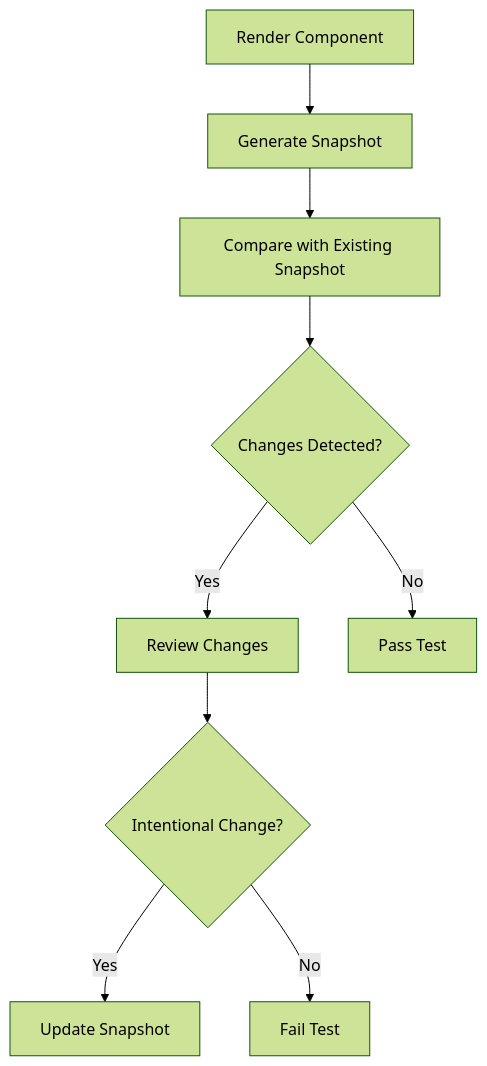
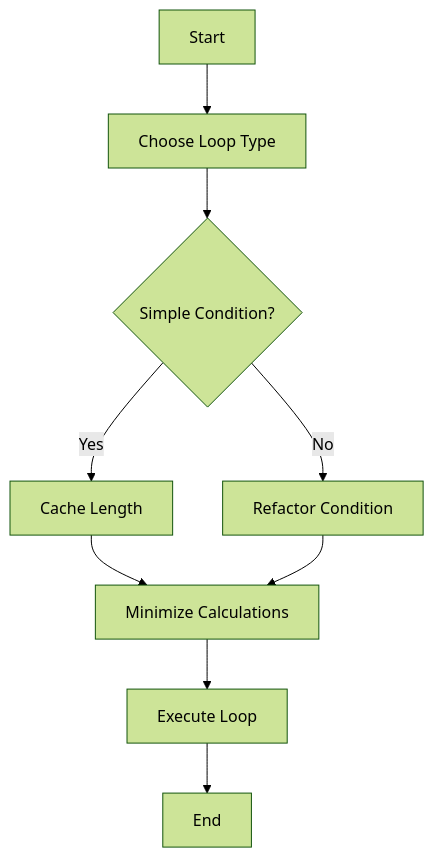
The first of 2 diagrams in content/patterns-js/13/3/index.md (MasteryEducation/SoftwarePatternsLexicon.com), drawn with Mermaid (forest theme) before and after one commit. The commit also changed other lines of this file and 570 other files, not shown here.

````diff
--- a/content/patterns-js/13/3/index.md
+++ b/content/patterns-js/13/3/index.md
@@ -129,11 +145,11 @@
 ```mermaid
-graph TD;
-    A[Render Component] --> B[Generate Snapshot];
-    B --> C[Compare with Existing Snapshot];
-    C --> D{Changes Detected?};
-    D -->|Yes| E[Review Changes];
-    D -->|No| F[Pass Test];
-    E --> G{Intentional Change?};
-    G -->|Yes| H[Update Snapshot];
-    G -->|No| I[Fail Test];
+flowchart TD
+  A[Start] --> B[Choose Loop Type]
+  B --> C{Simple Condition?}
+  C -->|Yes| D[Cache Length]
+  C -->|No| E[Refactor Condition]
+  D --> F[Minimize Calculations]
+  E --> F
+  F --> G[Execute Loop]
+  G --> H[End]
 ```
````
